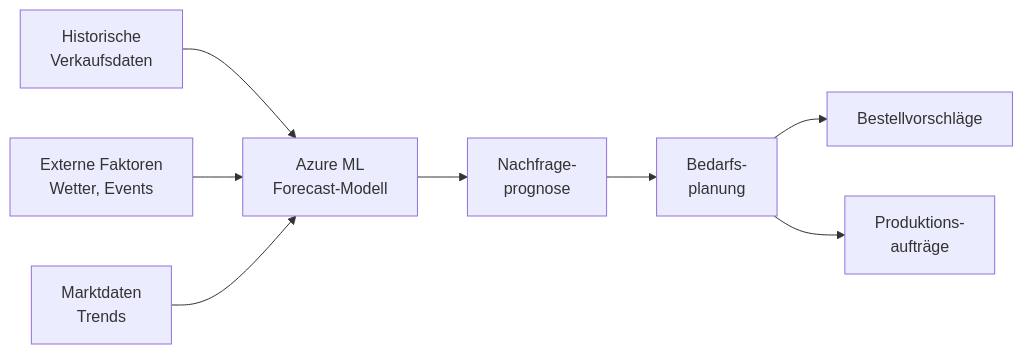
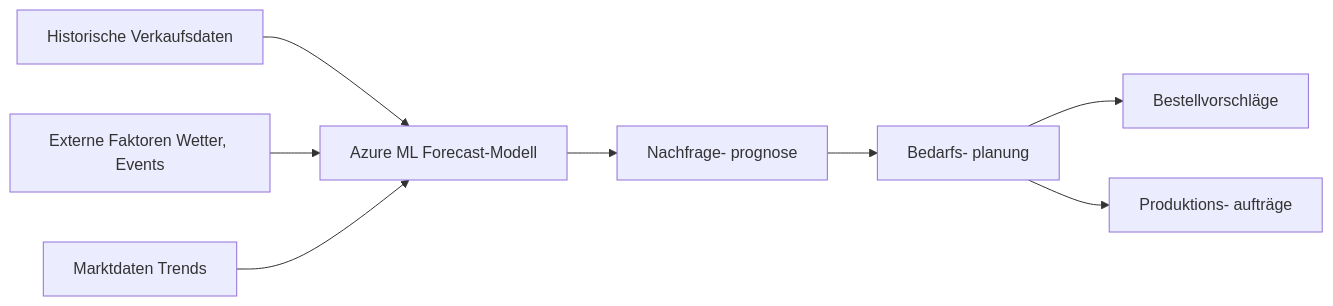
One commit to SoniiiT/notes-n-docs changed the sixth of 7 diagrams in Microsoft 365/Dynamics 365/Dynamics 365 Supply Chain Management.md. Above: the diagram before and after it, drawn with Mermaid. The commit also changed other lines of this file and 124 other files, not shown here.

First line of the commit message:
fix: Entferne \n aus allen Mermaid-Diagrammen (125 Dateien)

````diff
--- a/Microsoft 365/Dynamics 365/Dynamics 365 Supply Chain Management.md
+++ b/Microsoft 365/Dynamics 365/Dynamics 365 Supply Chain Management.md
@@ -173,10 +173,10 @@
 ```mermaid
 graph LR
-    HIST[Historische\nVerkaufsdaten] --> AI[Azure ML\nForecast-Modell]
-    EXT[Externe Faktoren\nWetter, Events] --> AI
-    MKT[Marktdaten\nTrends] --> AI
-    AI --> FORE[Nachfrage-\nprognose]
-    FORE --> MRP2[Bedarfs-\nplanung]
+    HIST[Historische Verkaufsdaten] --> AI[Azure ML Forecast-Modell]
+    EXT[Externe Faktoren Wetter, Events] --> AI
+    MKT[Marktdaten Trends] --> AI
+    AI --> FORE[Nachfrage- prognose]
+    FORE --> MRP2[Bedarfs- planung]
     MRP2 --> PO2[Bestellvorschläge]
-    MRP2 --> PRO[Produktions-\naufträge]
+    MRP2 --> PRO[Produktions- aufträge]
 ```
````
